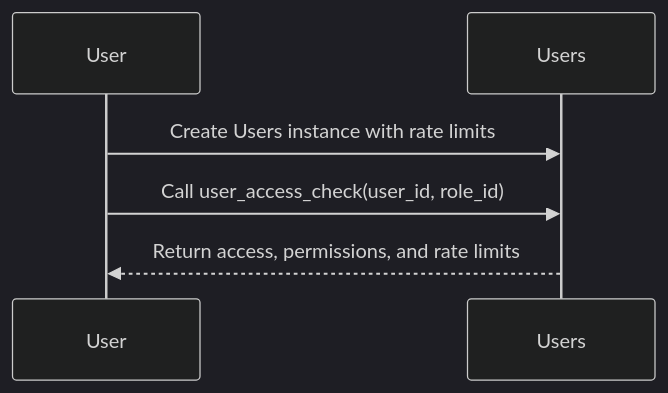
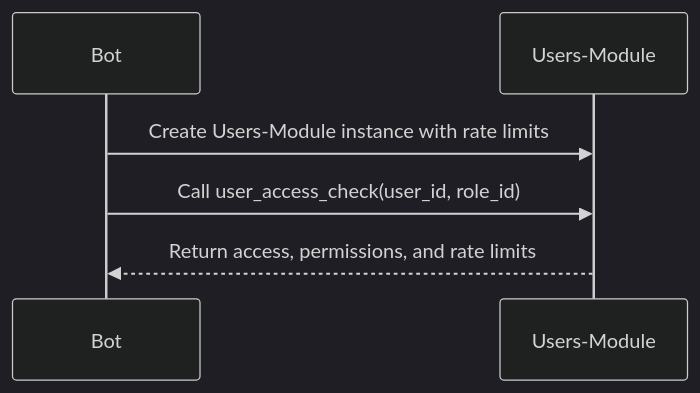
One commit to obervinov/users-package changed the diagram in README.md. Above: the diagram before and after it, drawn with Mermaid (dark theme). The commit also changed other lines of this file and 5 other files, not shown here.

````diff
--- a/README.md
+++ b/README.md
@@ -405,8 +18,8 @@
 ```mermaid
 sequenceDiagram
-    participant User
-    participant Users
-    User->>Users: Create Users instance with rate limits
-    User->>Users: Call user_access_check(user_id, role_id)
-    Users-->>User: Return access, permissions, and rate limits
+    participant Bot
+    participant Users-Module
+    Bot->>Users-Module: Create Users-Module instance with rate limits
+    Bot->>Users-Module: Call user_access_check(user_id, role_id)
+    Users-Module-->>Bot: Return access, permissions, and rate limits
 ```
````
